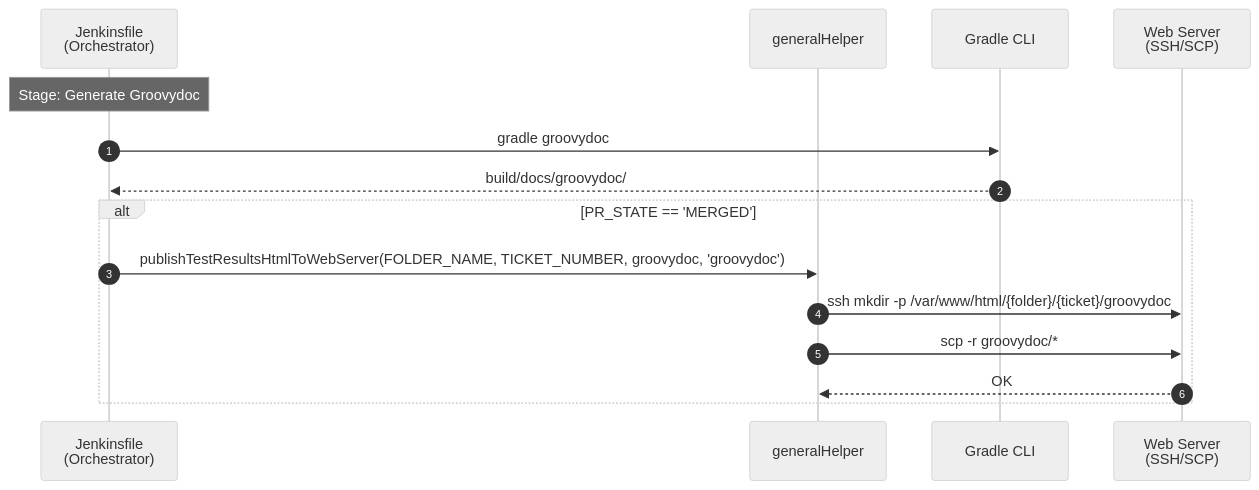
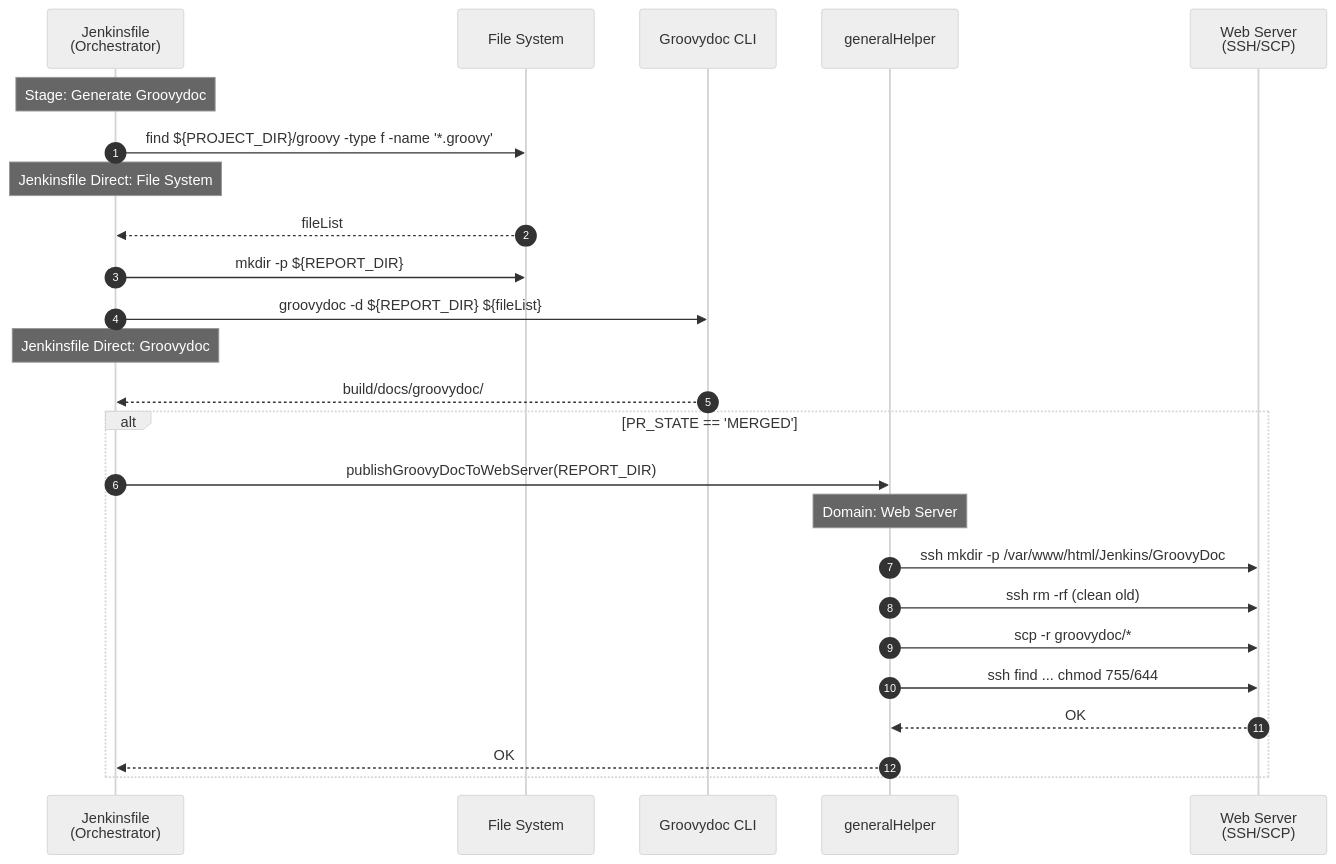
Before and after one commit to JindoKimKor/Self-Binnacle: the fourth of 8 diagrams in Voyages/Projects/VARLab-work-transfer/portfolios/devops-jenkins-linux/4-layer-architecture-and-logger-system-integration/problem-analysis/pipeline-sequence-diagrams/jenkins-ci.md, drawn with Mermaid (neutral theme). The commit also changed other lines of this file and 55 other files, not shown here.

First line of the commit message:
refactor(4-layer-architecture): Standardize analysis document naming and format

````diff
--- a/Voyages/Projects/VARLab-work-transfer/portfolios/devops-jenkins-linux/4-layer-architecture-and-logger-system-integration/problem-analysis/pipeline-sequence-diagrams/jenkins-ci.md
+++ b/Voyages/Projects/VARLab-work-transfer/portfolios/devops-jenkins-linux/4-layer-architecture-and-logger-system-integration/problem-analysis/pipeline-sequence-diagrams/jenkins-ci.md
@@ -165,21 +190,33 @@
 ```mermaid
 sequenceDiagram
     autonumber
 
     participant JF as Jenkinsfile<br/>(Orchestrator)
+    participant FS as File System
+    participant Groovy as Groovydoc CLI
     participant GH as generalHelper
-    participant Gradle as Gradle CLI
     participant WS as Web Server<br/>(SSH/SCP)
 
     Note over JF: Stage: Generate Groovydoc
 
-    JF->>Gradle: gradle groovydoc
-    Gradle-->>JF: build/docs/groovydoc/
+    JF->>FS: find ${PROJECT_DIR}/groovy -type f -name '*.groovy'
+    Note over JF: Jenkinsfile Direct: File System
+    FS-->>JF: fileList
+
+    JF->>FS: mkdir -p ${REPORT_DIR}
+
+    JF->>Groovy: groovydoc -d ${REPORT_DIR} ${fileList}
+    Note over JF: Jenkinsfile Direct: Groovydoc
+    Groovy-->>JF: build/docs/groovydoc/
 
     alt PR_STATE == 'MERGED'
-        JF->>GH: publishTestResultsHtmlToWebServer(FOLDER_NAME, TICKET_NUMBER, groovydoc, 'groovydoc')
-        GH->>WS: ssh mkdir -p /var/www/html/{folder}/{ticket}/groovydoc
+        JF->>GH: publishGroovyDocToWebServer(REPORT_DIR)
+        Note over GH: Domain: Web Server
+        GH->>WS: ssh mkdir -p /var/www/html/Jenkins/GroovyDoc
+        GH->>WS: ssh rm -rf (clean old)
         GH->>WS: scp -r groovydoc/*
+        GH->>WS: ssh find ... chmod 755/644
         WS-->>GH: OK
+        GH-->>JF: OK
     end
 ```
````
